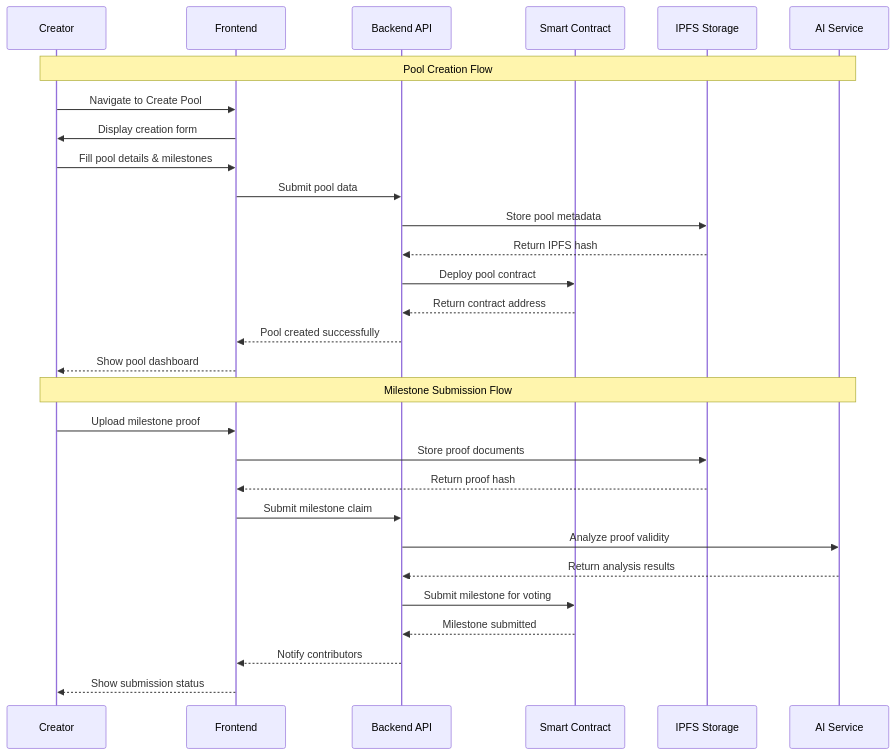
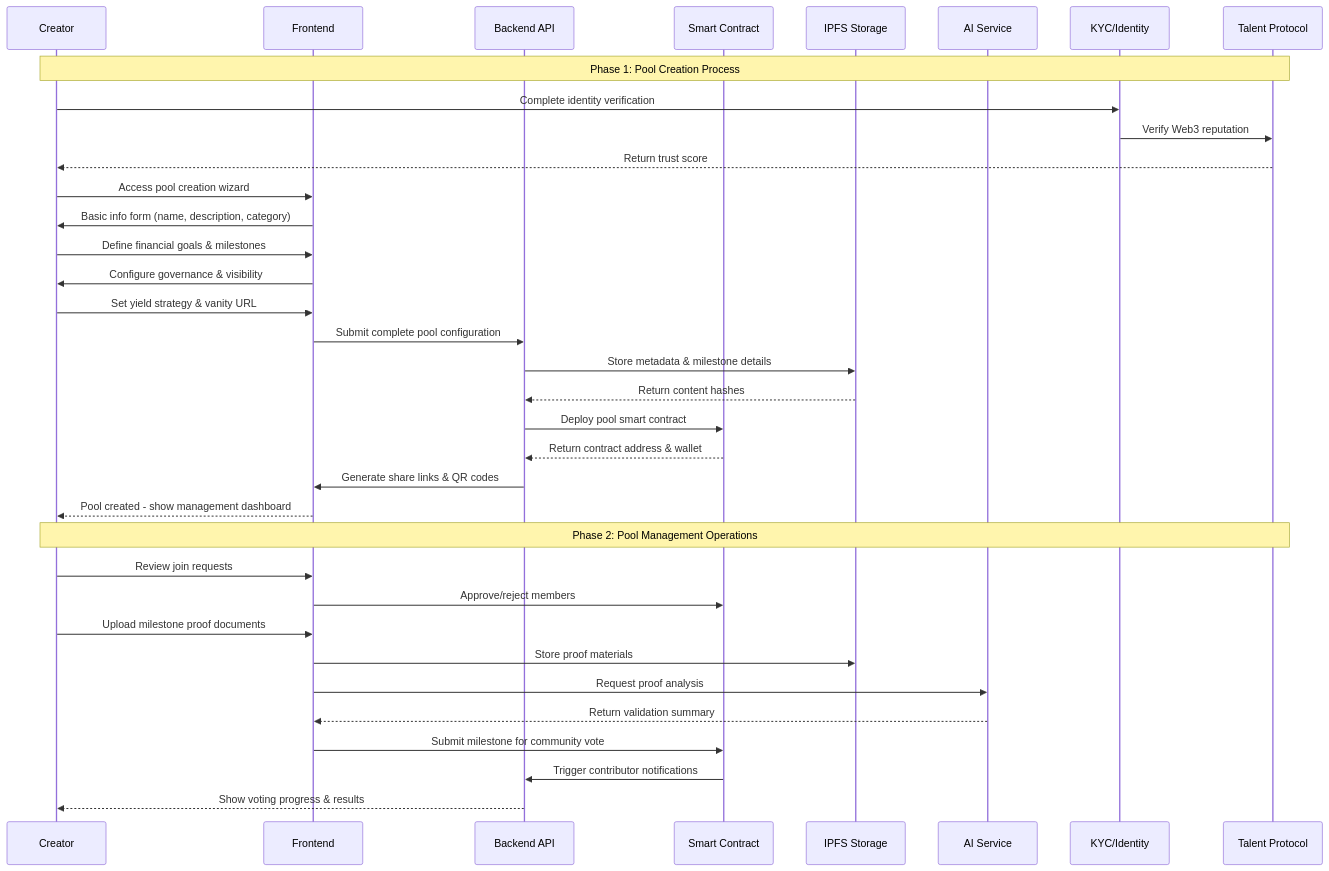
One commit to UPool-Fun/UPool changed the fourth of 11 diagrams in README.md. Above: the diagram before and after it, drawn with Mermaid. The commit also changed other lines of this file and 4 other files, not shown here.

````diff
--- a/README.md
+++ b/README.md
@@ -164,33 +173,41 @@
 ```mermaid
 sequenceDiagram
     participant C as Creator
     participant UI as Frontend
     participant API as Backend API
     participant SC as Smart Contract
     participant IPFS as IPFS Storage
     participant AI as AI Service
+    participant KYC as KYC/Identity
+    participant TALENT as Talent Protocol
     
-    Note over C,AI: Pool Creation Flow
-    C->>UI: Navigate to Create Pool
-    UI->>C: Display creation form
-    C->>UI: Fill pool details & milestones
-    UI->>API: Submit pool data
-    API->>IPFS: Store pool metadata
-    IPFS-->>API: Return IPFS hash
-    API->>SC: Deploy pool contract
-    SC-->>API: Return contract address
-    API-->>UI: Pool created successfully
-    UI-->>C: Show pool dashboard
+    Note over C,TALENT: Phase 1: Pool Creation Process
+    C->>KYC: Complete identity verification
+    KYC->>TALENT: Verify Web3 reputation
+    TALENT-->>C: Return trust score
+    C->>UI: Access pool creation wizard
     
-    Note over C,AI: Milestone Submission Flow
-    C->>UI: Upload milestone proof
-    UI->>IPFS: Store proof documents
-    IPFS-->>UI: Return proof hash
-    UI->>API: Submit milestone claim
-    API->>AI: Analyze proof validity
-    AI-->>API: Return analysis results
-    API->>SC: Submit milestone for voting
-    SC-->>API: Milestone submitted
-    API-->>UI: Notify contributors
-    UI-->>C: Show submission status
+    UI->>C: Basic info form (name, description, category)
+    C->>UI: Define financial goals & milestones
+    UI->>C: Configure governance & visibility
+    C->>UI: Set yield strategy & vanity URL
+    
+    UI->>API: Submit complete pool configuration
+    API->>IPFS: Store metadata & milestone details
+    IPFS-->>API: Return content hashes
+    API->>SC: Deploy pool smart contract
+    SC-->>API: Return contract address & wallet
+    API->>UI: Generate share links & QR codes
+    UI-->>C: Pool created - show management dashboard
+    
+    Note over C,TALENT: Phase 2: Pool Management Operations
+    C->>UI: Review join requests
+    UI->>SC: Approve/reject members
+    C->>UI: Upload milestone proof documents
+    UI->>IPFS: Store proof materials
+    UI->>AI: Request proof analysis
+    AI-->>UI: Return validation summary
+    UI->>SC: Submit milestone for community vote
+    SC->>API: Trigger contributor notifications
+    API-->>C: Show voting progress & results
 ```
````
